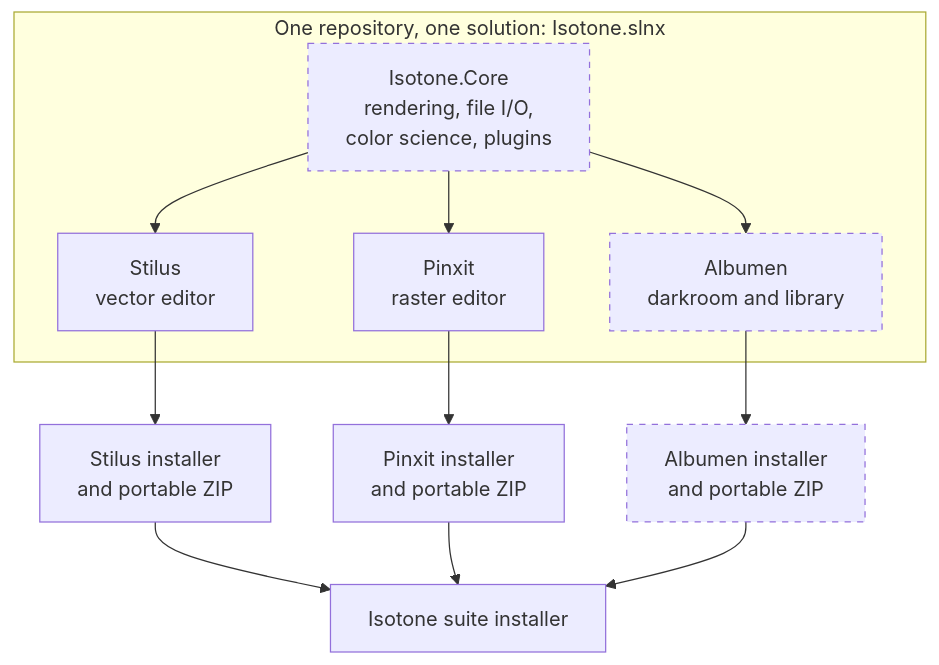
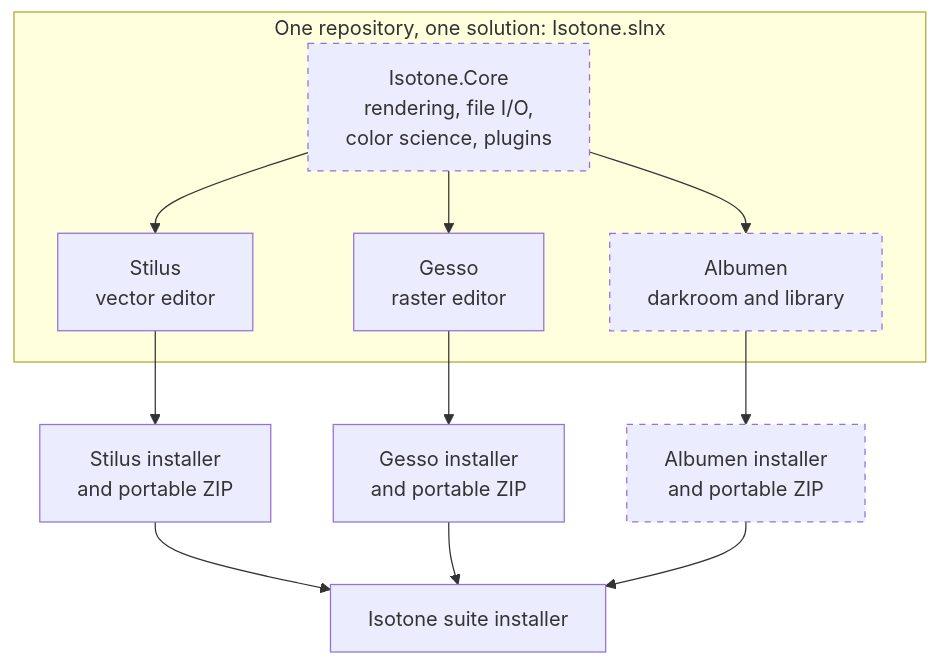
The diagram in README.md (rizonesoft/Isotone), drawn with Mermaid before and after one commit. The commit also changed other lines of this file and 400 other files, not shown here.

First line of the commit message:
brand: rename the raster editor from Pinxit to Gesso

````diff
--- a/README.md
+++ b/README.md
@@ -152,21 +152,21 @@
 ```mermaid
 flowchart TB
     subgraph repo["One repository, one solution: Isotone.slnx"]
         core["Isotone.Core<br/>rendering, file I/O,<br/>color science, plugins"]
         stilus["Stilus<br/>vector editor"]
-        pinxit["Pinxit<br/>raster editor"]
+        gesso["Gesso<br/>raster editor"]
         albumen["Albumen<br/>darkroom and library"]
         core --> stilus
-        core --> pinxit
+        core --> gesso
         core --> albumen
     end
     stilus --> nsetup["Stilus installer<br/>and portable ZIP"]
-    pinxit --> isetup["Pinxit installer<br/>and portable ZIP"]
+    gesso --> isetup["Gesso installer<br/>and portable ZIP"]
     albumen --> lsetup["Albumen installer<br/>and portable ZIP"]
     nsetup --> suite["Isotone suite installer"]
     isetup --> suite
     lsetup --> suite
 
     classDef planned stroke-dasharray: 5 5
     class core,albumen,lsetup planned
 ```
````
